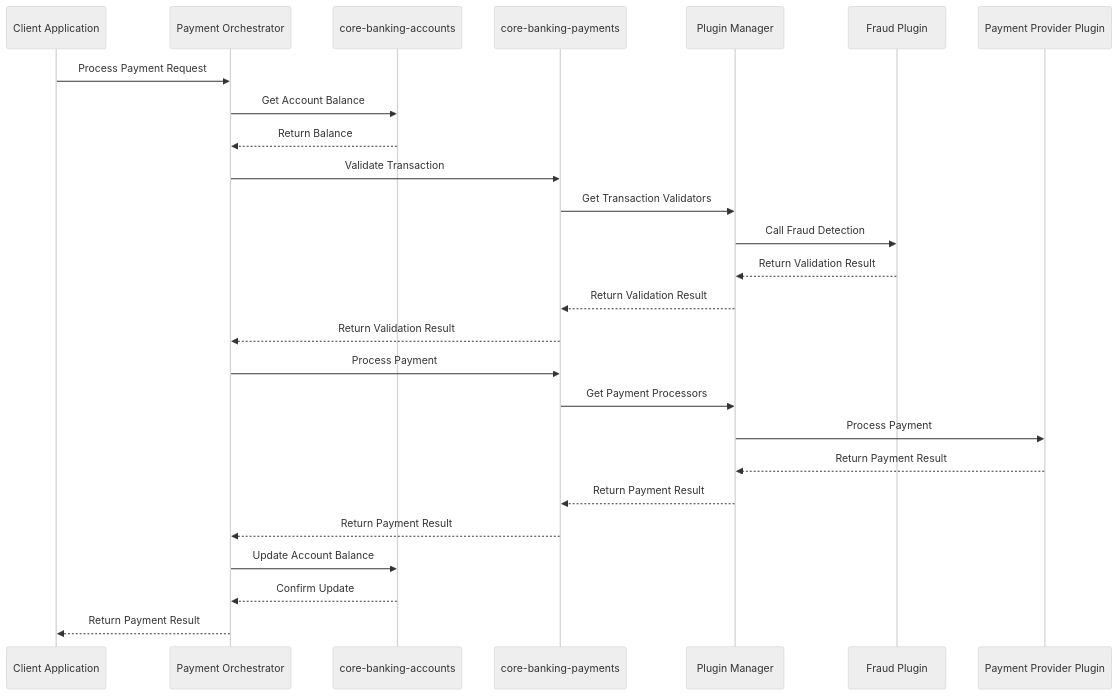
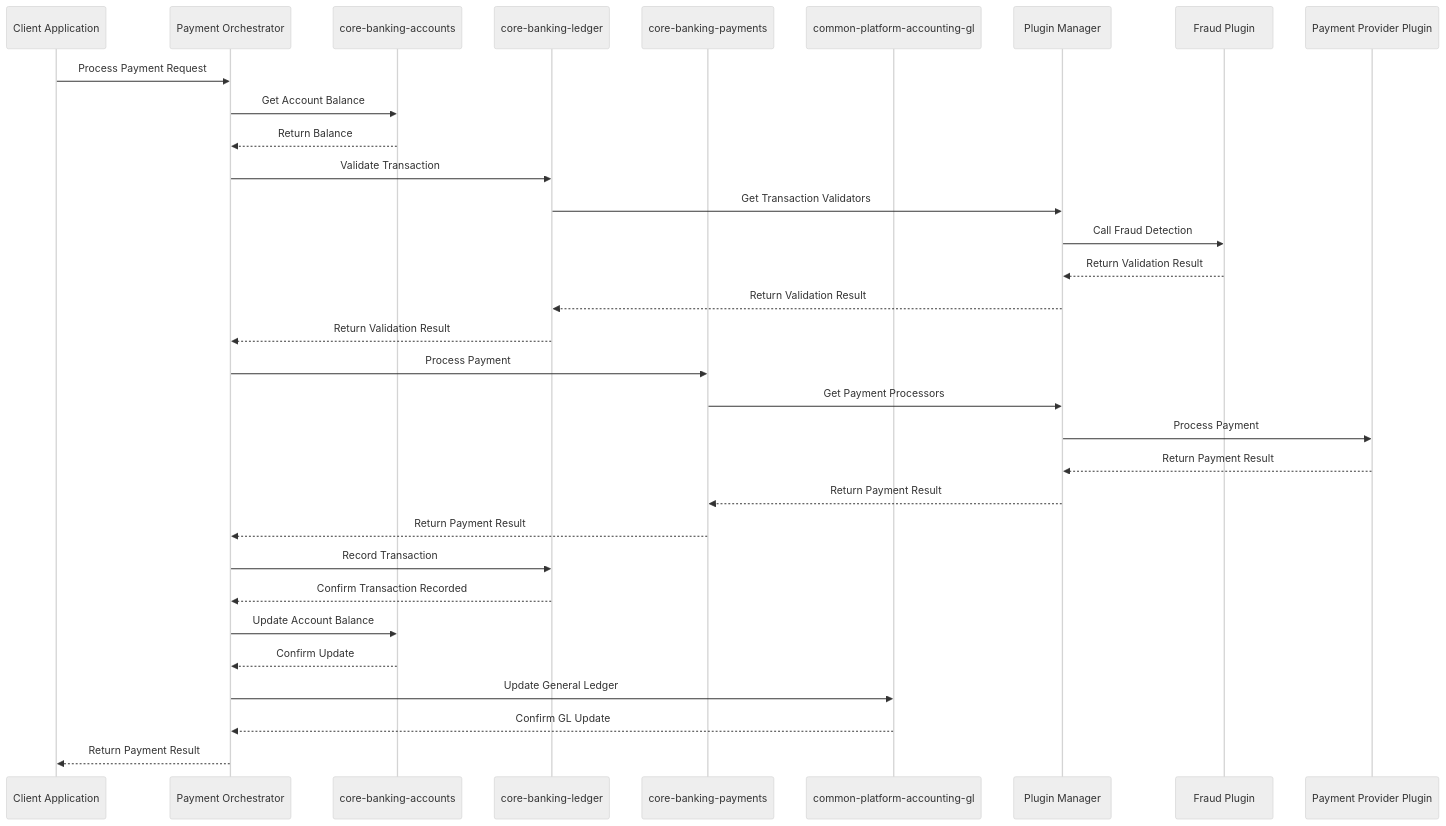
One commit to firefly-oss/lib-plugin-manager changed the third of 3 diagrams in examples/04-microservice-plugin-responsibilities.md. Above: the diagram before and after it, drawn with Mermaid (neutral theme). The commit also changed other lines of this file and 1 other file, not shown here.

````diff
--- a/examples/04-microservice-plugin-responsibilities.md
+++ b/examples/04-microservice-plugin-responsibilities.md
@@ -1400,39 +1403,49 @@
 ```mermaid
 sequenceDiagram
     participant Client as Client Application
     participant Orch as Payment Orchestrator
     participant Acct as core-banking-accounts
+    participant Ledger as core-banking-ledger
     participant Pay as core-banking-payments
+    participant GL as common-platform-accounting-gl
     participant PM as Plugin Manager
     participant FP as Fraud Plugin
     participant PP as Payment Provider Plugin
 
     Client->>Orch: Process Payment Request
 
     %% Check account balance
     Orch->>Acct: Get Account Balance
     Acct-->>Orch: Return Balance
 
     %% Fraud check using plugin
-    Orch->>Pay: Validate Transaction
-    Pay->>PM: Get Transaction Validators
+    Orch->>Ledger: Validate Transaction
+    Ledger->>PM: Get Transaction Validators
     PM->>FP: Call Fraud Detection
     FP-->>PM: Return Validation Result
-    PM-->>Pay: Return Validation Result
-    Pay-->>Orch: Return Validation Result
+    PM-->>Ledger: Return Validation Result
+    Ledger-->>Orch: Return Validation Result
 
     %% Process payment using plugin
     Orch->>Pay: Process Payment
     Pay->>PM: Get Payment Processors
     PM->>PP: Process Payment
     PP-->>PM: Return Payment Result
     PM-->>Pay: Return Payment Result
     Pay-->>Orch: Return Payment Result
 
+    %% Record transaction in ledger
+    Orch->>Ledger: Record Transaction
+    Ledger-->>Orch: Confirm Transaction Recorded
+
     %% Update account balance
     Orch->>Acct: Update Account Balance
     Acct-->>Orch: Confirm Update
 
+    %% Update general ledger
+    Orch->>GL: Update General Ledger
+    GL-->>Orch: Confirm GL Update
+
     %% Return final result
     Orch-->>Client: Return Payment Result
 ```
````
